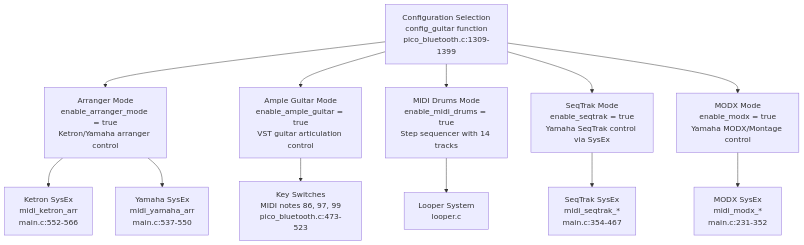
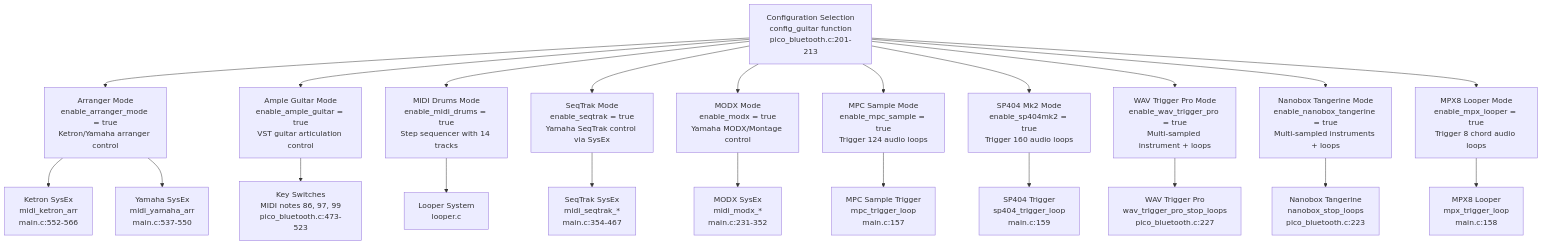
Before and after one commit to Jus-Be/orinayo-pico: the third of 7 diagrams in wiki/1-orinayo-overview.md, drawn with Mermaid. The commit also changed other lines of this file and 42 other files, not shown here.

````diff
--- a/wiki/1-orinayo-overview.md
+++ b/wiki/1-orinayo-overview.md
@@ -148,28 +150,48 @@
 ```mermaid
 flowchart TD
 
-Config["Configuration Selection<br>config_guitar function<br>pico_bluetooth.c:1309-1399"]
+Config["Configuration Selection<br>config_guitar function<br>pico_bluetooth.c:201-213"]
 Mode1["Arranger Mode<br>enable_arranger_mode = true<br>Ketron/Yamaha arranger control"]
 Mode2["Ample Guitar Mode<br>enable_ample_guitar = true<br>VST guitar articulation control"]
 Mode3["MIDI Drums Mode<br>enable_midi_drums = true<br>Step sequencer with 14 tracks"]
 Mode4["SeqTrak Mode<br>enable_seqtrak = true<br>Yamaha SeqTrak control via SysEx"]
 Mode5["MODX Mode<br>enable_modx = true<br>Yamaha MODX/Montage control"]
+Mode6["MPC Sample Mode<br>enable_mpc_sample = true<br>Trigger 124 audio loops"]
+Mode7["SP404 Mk2 Mode<br>enable_sp404mk2 = true<br>Trigger 160 audio loops"]
+Mode8["WAV Trigger Pro Mode<br>enable_wav_trigger_pro = true<br>Multi-sampled instrument + loops"]
+Mode9["Nanobox Tangerine Mode<br>enable_nanobox_tangerine = true<br>Multi-sampled instruments + loops"]
+Mode10["MPX8 Looper Mode<br>enable_mpx_looper = true<br>Trigger 8 chord audio loops"]
 SysEx1["Ketron SysEx<br>midi_ketron_arr<br>main.c:552-566"]
 SysEx2["Yamaha SysEx<br>midi_yamaha_arr<br>main.c:537-550"]
 KeySwitch["Key Switches<br>MIDI notes 86, 97, 99<br>pico_bluetooth.c:473-523"]
 LooperSys["Looper System<br>looper.c"]
 SeqSysEx["SeqTrak SysEx<br>midi_seqtrak_*<br>main.c:354-467"]
 ModxSysEx["MODX SysEx<br>midi_modx_*<br>main.c:231-352"]
+MPCSample["MPC Sample Trigger<br>mpc_trigger_loop<br>main.c:157"]
+SP404Sample["SP404 Trigger<br>sp404_trigger_loop<br>main.c:159"]
+WAVTrigger["WAV Trigger Pro<br>wav_trigger_pro_stop_loops<br>pico_bluetooth.c:227"]
+Nanobox["Nanobox Tangerine<br>nanobox_stop_loops<br>pico_bluetooth.c:223"]
+MPX8["MPX8 Looper<br>mpx_trigger_loop<br>main.c:158"]
 
 Config --> Mode1
 Config --> Mode2
 Config --> Mode3
 Config --> Mode4
 Config --> Mode5
+Config --> Mode6
+Config --> Mode7
+Config --> Mode8
+Config --> Mode9
+Config --> Mode10
 Mode1 --> SysEx1
 Mode1 --> SysEx2
 Mode2 --> KeySwitch
 Mode3 --> LooperSys
 Mode4 --> SeqSysEx
 Mode5 --> ModxSysEx
+Mode6 --> MPCSample
+Mode7 --> SP404Sample
+Mode8 --> WAVTrigger
+Mode9 --> Nanobox
+Mode10 --> MPX8
 ```
````
